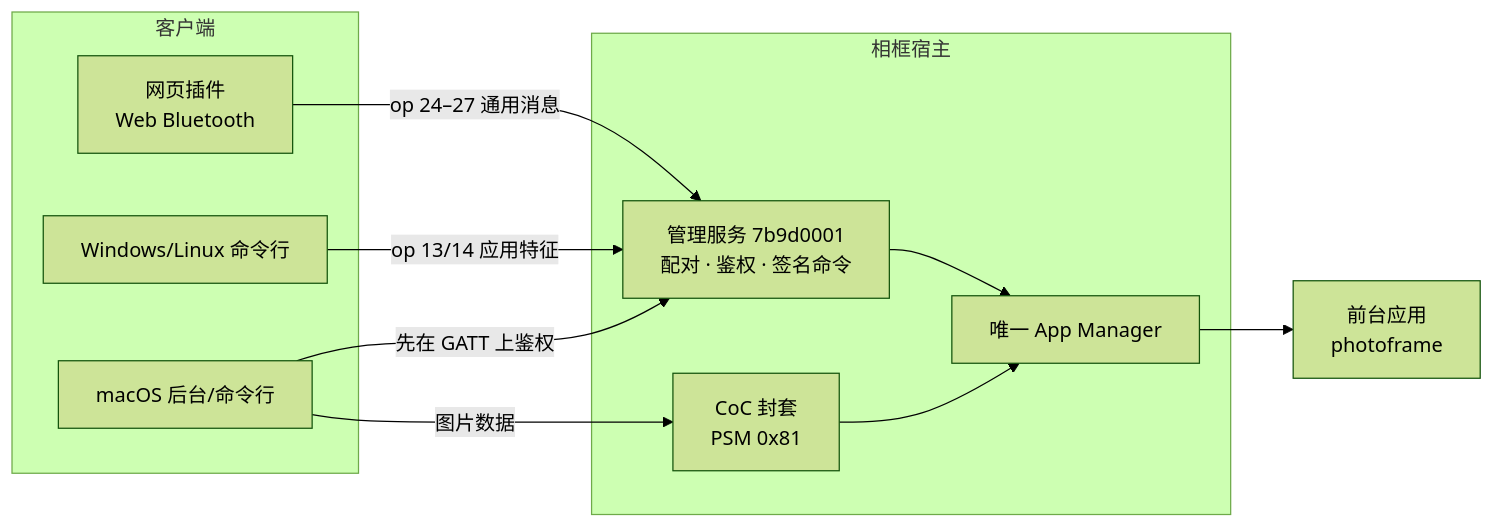
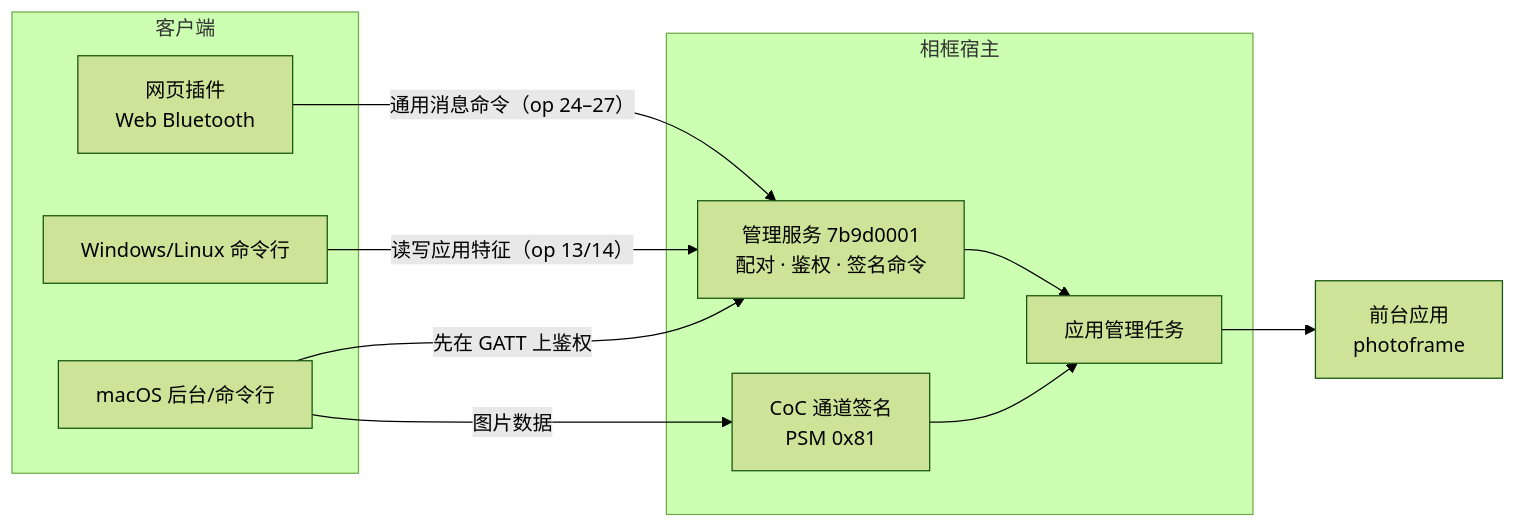
The first of 4 diagrams in docs/06-bluetooth.md (M1nt-Ch0c0/esp32s3), drawn with Mermaid (forest theme) before and after one commit. The commit also changed other lines of this file and 10 other files, not shown here.

````diff
--- a/docs/06-bluetooth.md
+++ b/docs/06-bluetooth.md
@@ -20,21 +26,21 @@
 ```mermaid
 flowchart LR
     subgraph 客户端
         WEB[网页插件<br/>Web Bluetooth]
         MAC[macOS 后台/命令行]
         WIN[Windows/Linux 命令行]
     end
     subgraph 相框宿主
         MGMT[管理服务 7b9d0001<br/>配对 · 鉴权 · 签名命令]
-        COC[CoC 封套<br/>PSM 0x81]
-        MGR[唯一 App Manager]
+        COC[CoC 通道签名<br/>PSM 0x81]
+        MGR[应用管理任务]
     end
     APP[前台应用<br/>photoframe]
-    WEB -->|op 24–27 通用消息| MGMT
-    WIN -->|op 13/14 应用特征| MGMT
+    WEB -->|通用消息命令（op 24–27）| MGMT
+    WIN -->|读写应用特征（op 13/14）| MGMT
     MAC -->|先在 GATT 上鉴权| MGMT
     MAC -->|图片数据| COC
     MGMT --> MGR
     COC --> MGR
     MGR --> APP
 ```
````
